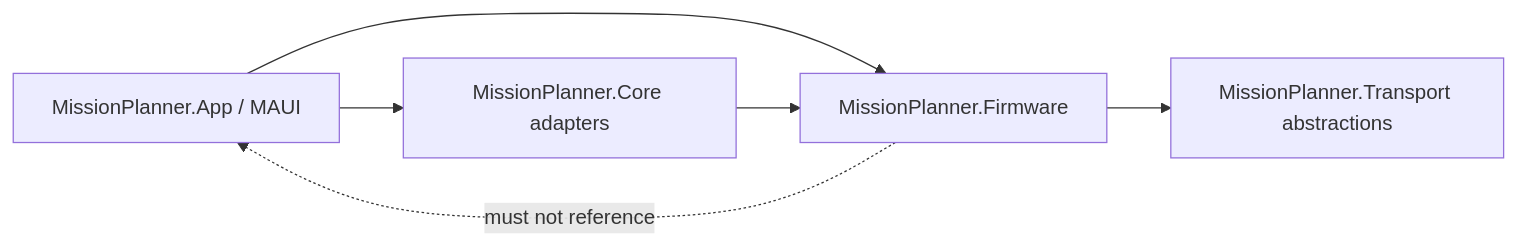
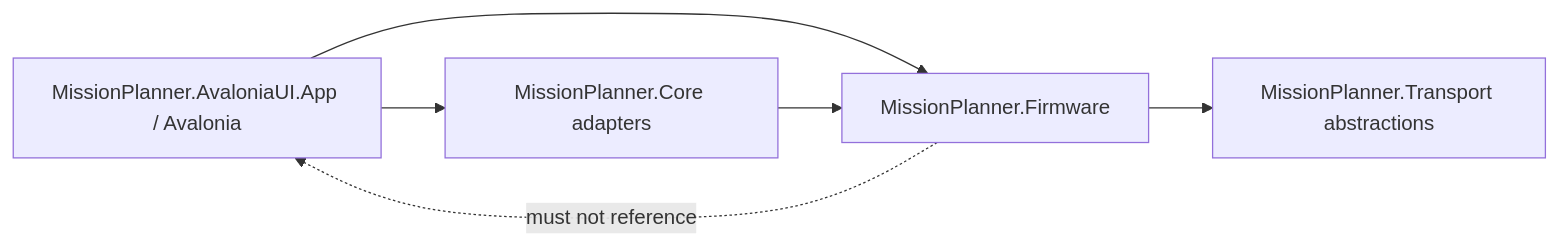
One commit to karlgodtliebsen/MissionPlanner changed the first of 2 diagrams in docs/FIRMWARE.md. Above: the diagram before and after it, drawn with Mermaid. The commit also changed other lines of this file and 140 other files, not shown here.

````diff
--- a/docs/FIRMWARE.md
+++ b/docs/FIRMWARE.md
@@ -14,8 +14,8 @@
 ```mermaid
 flowchart LR
-    UI["MissionPlanner.App / MAUI"] --> Core["MissionPlanner.Core adapters"]
+    UI["MissionPlanner.AvaloniaUI.App / Avalonia"] --> Core["MissionPlanner.Core adapters"]
     UI --> Firmware["MissionPlanner.Firmware"]
     Core --> Firmware
     Firmware --> Transport["MissionPlanner.Transport abstractions"]
     Firmware -. must not reference .-> UI
 ```
````
